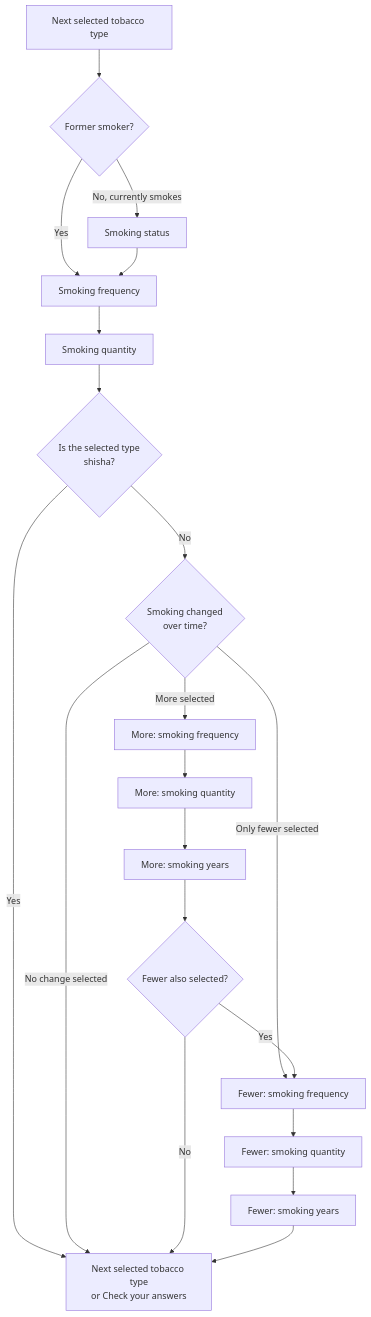
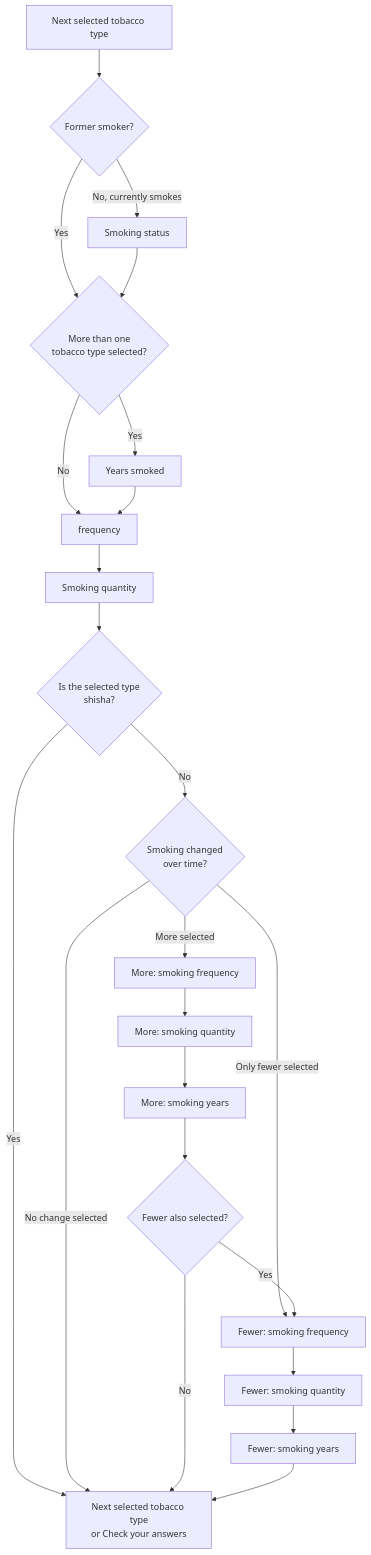
Before and after one commit to NHSDigital/prototype-lung-health-check: the second of 2 diagrams in app/prototype_v4_4/docs/question-flow.md, drawn with Mermaid. The commit also changed other lines of this file and 8 other files, not shown here.

Commit message:
Add conditional years smoked question to flow

````diff
--- a/app/prototype_v4_4/docs/question-flow.md
+++ b/app/prototype_v4_4/docs/question-flow.md
@@ -70,28 +70,31 @@
 ```mermaid
 flowchart TD
   selectedType["Next selected tobacco type"] --> formerSmoker{"Former smoker?"}
 
   formerSmoker -- No, currently smokes --> status["Smoking status"]
-  formerSmoker -- Yes --> frequency["Smoking frequency"]
-  status --> frequency
+  formerSmoker -- Yes --> multipleTypes{"More than one<br>tobacco type selected?"}
+  status --> multipleTypes
+  multipleTypes -- Yes --> yearsSmoked["Years smoked"]
+  multipleTypes -- No --> frequency
+  yearsSmoked --> frequency
   frequency --> quantity["Smoking quantity"]
 
   quantity --> isShisha{"Is the selected type<br>shisha?"}
   isShisha -- Yes --> nextTypeOrCya
   isShisha -- No --> changed{"Smoking changed<br>over time?"}
 
   changed -- No change selected --> nextTypeOrCya
   changed -- More selected --> moreFrequency["More: smoking frequency"]
   moreFrequency --> moreQuantity["More: smoking quantity"]
   moreQuantity --> moreYears["More: smoking years"]
   moreYears --> fewerSelected{"Fewer also selected?"}
 
   changed -- Only fewer selected --> fewerFrequency["Fewer: smoking frequency"]
   fewerSelected -- Yes --> fewerFrequency
   fewerSelected -- No --> nextTypeOrCya
   fewerFrequency --> fewerQuantity["Fewer: smoking quantity"]
   fewerQuantity --> fewerYears["Fewer: smoking years"]
   fewerYears --> nextTypeOrCya
 
   nextTypeOrCya["Next selected tobacco type<br>or Check your answers"]
 ```
````
